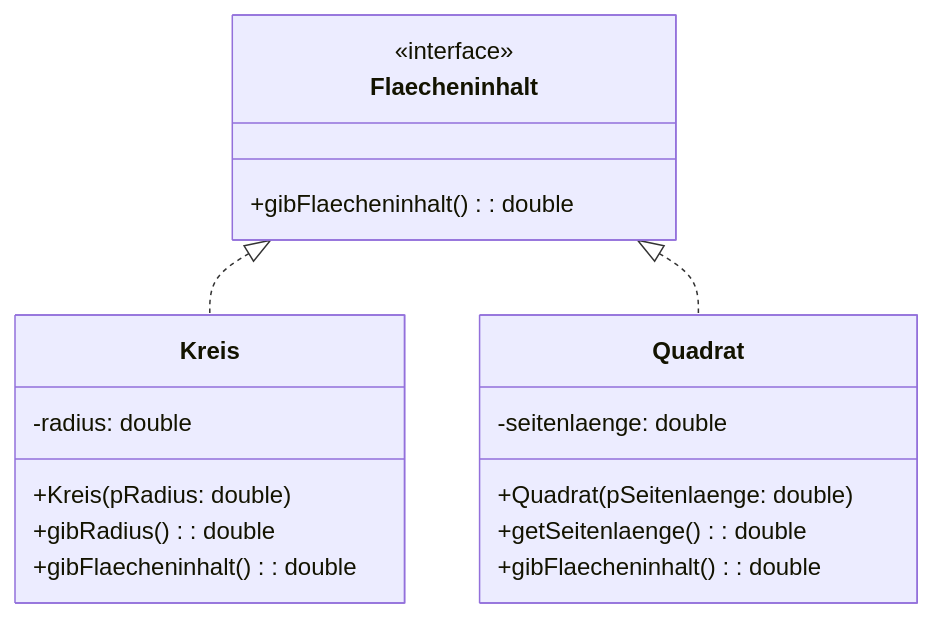
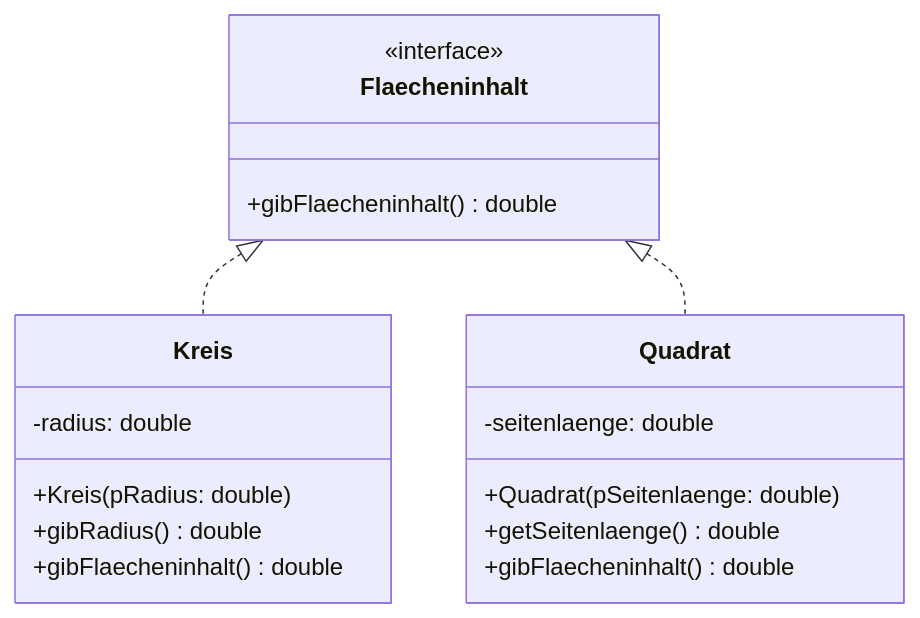
The third of 3 diagrams in book/projekte/messenger/grundlagen/schnittstellen.md (openpatch/hyperbook-informatik), drawn with Mermaid before and after one commit. The commit also changed 19 other files, not shown here.

Commit message:
richtige implementationsdiagramme

````diff
--- a/book/projekte/messenger/grundlagen/schnittstellen.md
+++ b/book/projekte/messenger/grundlagen/schnittstellen.md
@@ -137,25 +137,25 @@
 ```mermaid
 classDiagram
 
     class Kreis {
         -radius: double
         +Kreis(pRadius: double)
-        +gibRadius(): double
-        +gibFlaecheninhalt(): double
+        +gibRadius() double
+        +gibFlaecheninhalt() double
     }
 
     class Quadrat {
         -seitenlaenge: double
         +Quadrat(pSeitenlaenge: double)
-        +getSeitenlaenge(): double
-        +gibFlaecheninhalt(): double
+        +getSeitenlaenge() double
+        +gibFlaecheninhalt() double
     }
 
     class Flaecheninhalt {
     <<interface>>
-    +gibFlaecheninhalt(): double
+    +gibFlaecheninhalt() double
     }
 
     Flaecheninhalt <|.. Kreis
     Flaecheninhalt <|.. Quadrat
 ```
````
